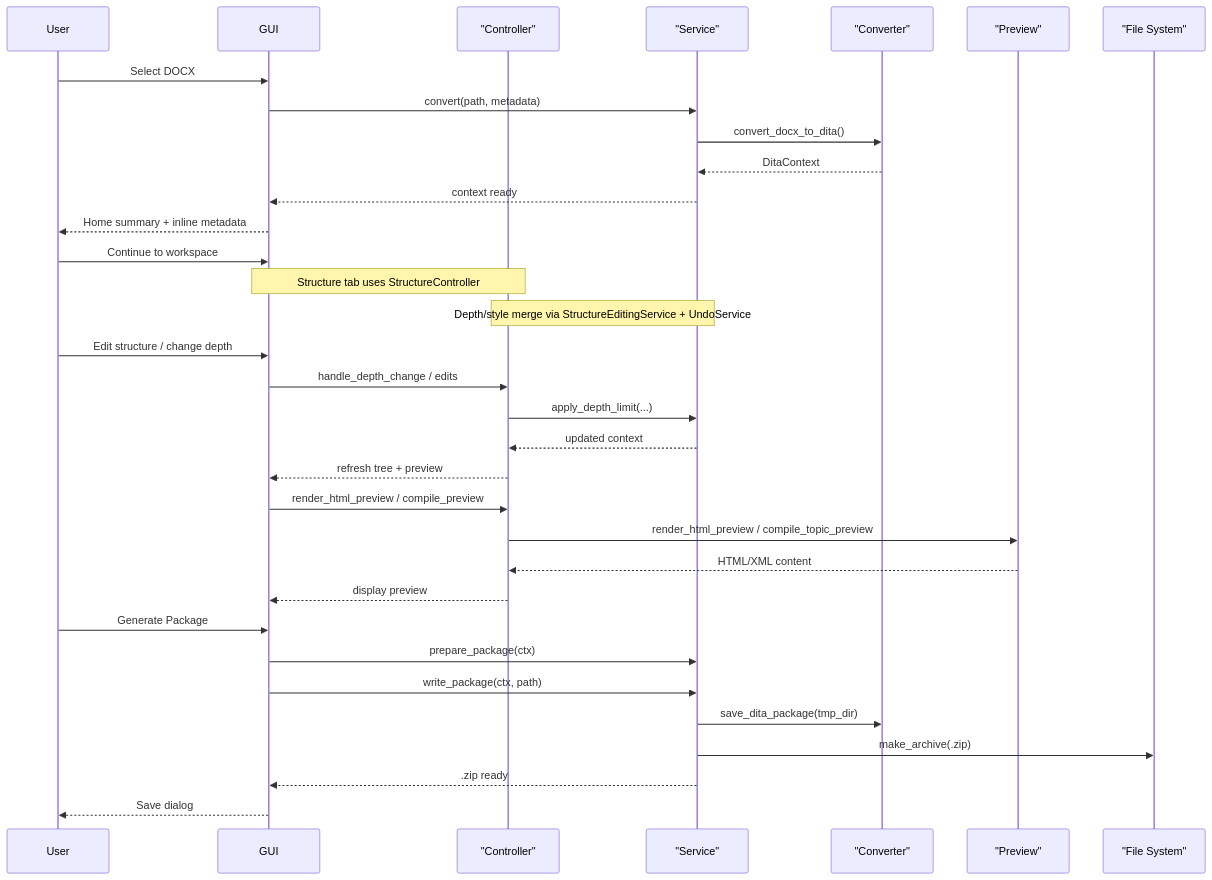
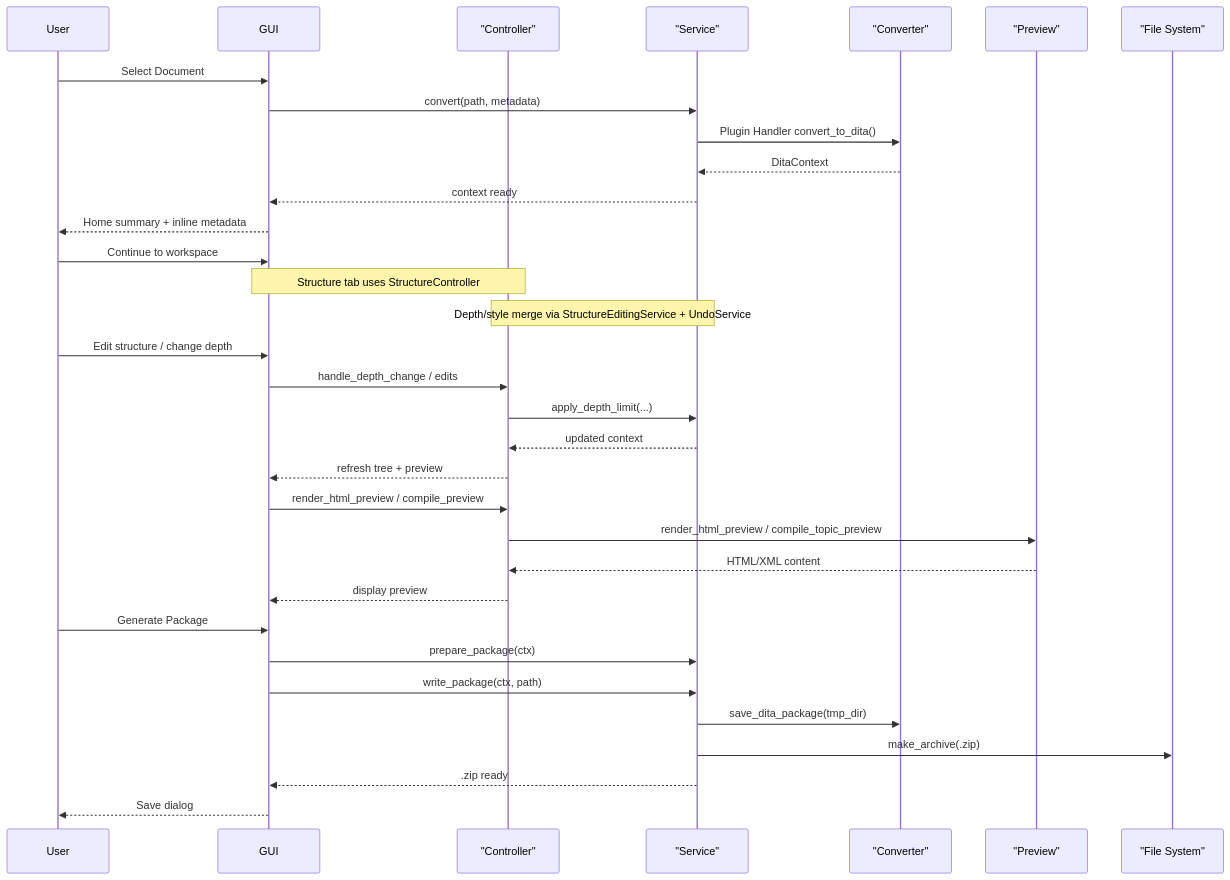
The diagram in docs/runtime_flow.md (Orsso/orlando-toolkit), drawn with Mermaid before and after one commit. The commit also changed 77 other files, not shown here.

First line of the commit message:
feat: complete plugin manager implementation and architecture cleanup

````diff
--- a/docs/runtime_flow.md
+++ b/docs/runtime_flow.md
@@ -3,39 +3,39 @@
 ```mermaid
 sequenceDiagram
     participant User
     participant GUI
     participant Ctrl as "Controller"
     participant Svc as "Service"
     participant Conv as "Converter"
     participant Prev as "Preview"
     participant FS as "File System"
 
-    User->>GUI: Select DOCX
+    User->>GUI: Select Document
     GUI->>Svc: convert(path, metadata)
-    Svc->>Conv: convert_docx_to_dita()
+    Svc->>Conv: Plugin Handler convert_to_dita()
     Conv-->>Svc: DitaContext
     Svc-->>GUI: context ready
     GUI-->>User: Home summary + inline metadata
     User->>GUI: Continue to workspace
     Note over GUI,Ctrl: Structure tab uses StructureController
     Note over Ctrl,Svc: Depth/style merge via StructureEditingService + UndoService
 
     User->>GUI: Edit structure / change depth
     GUI->>Ctrl: handle_depth_change / edits
     Ctrl->>Svc: apply_depth_limit(...)
     Svc-->>Ctrl: updated context
     Ctrl-->>GUI: refresh tree + preview
 
     GUI->>Ctrl: render_html_preview / compile_preview
     Ctrl->>Prev: render_html_preview / compile_topic_preview
     Prev-->>Ctrl: HTML/XML content
     Ctrl-->>GUI: display preview
 
     User->>GUI: Generate Package
     GUI->>Svc: prepare_package(ctx)
     GUI->>Svc: write_package(ctx, path)
     Svc->>Conv: save_dita_package(tmp_dir)
     Svc->>FS: make_archive(.zip)
     Svc-->>GUI: .zip ready
     GUI-->>User: Save dialog
 ```
````
